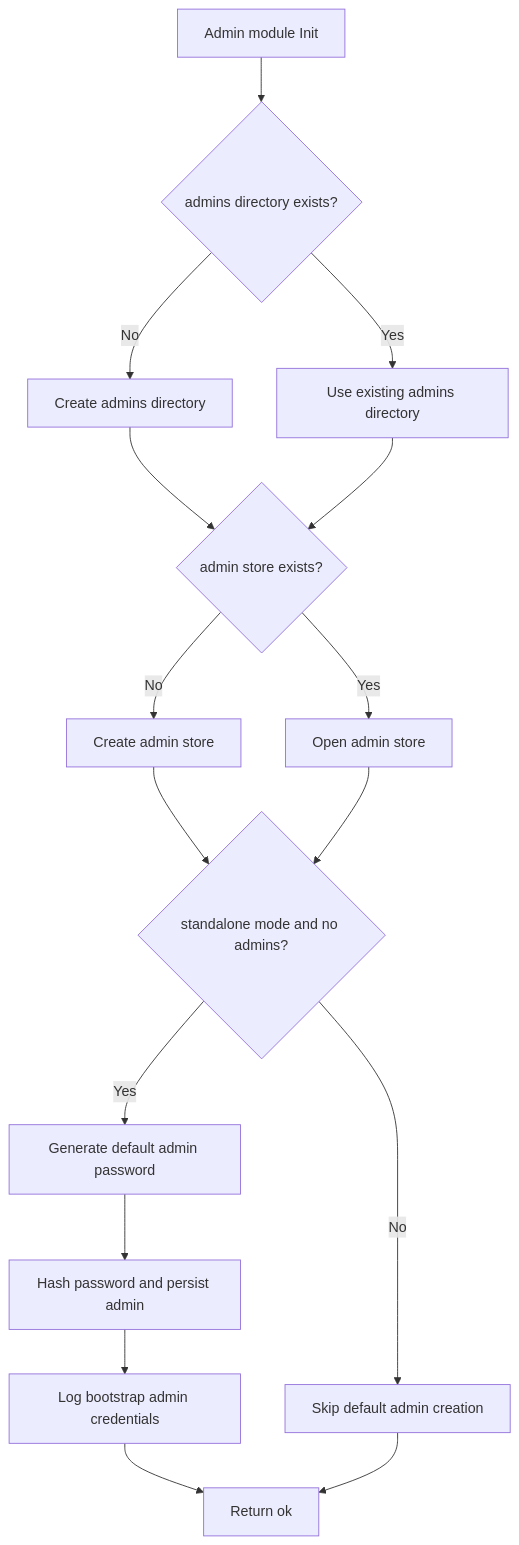
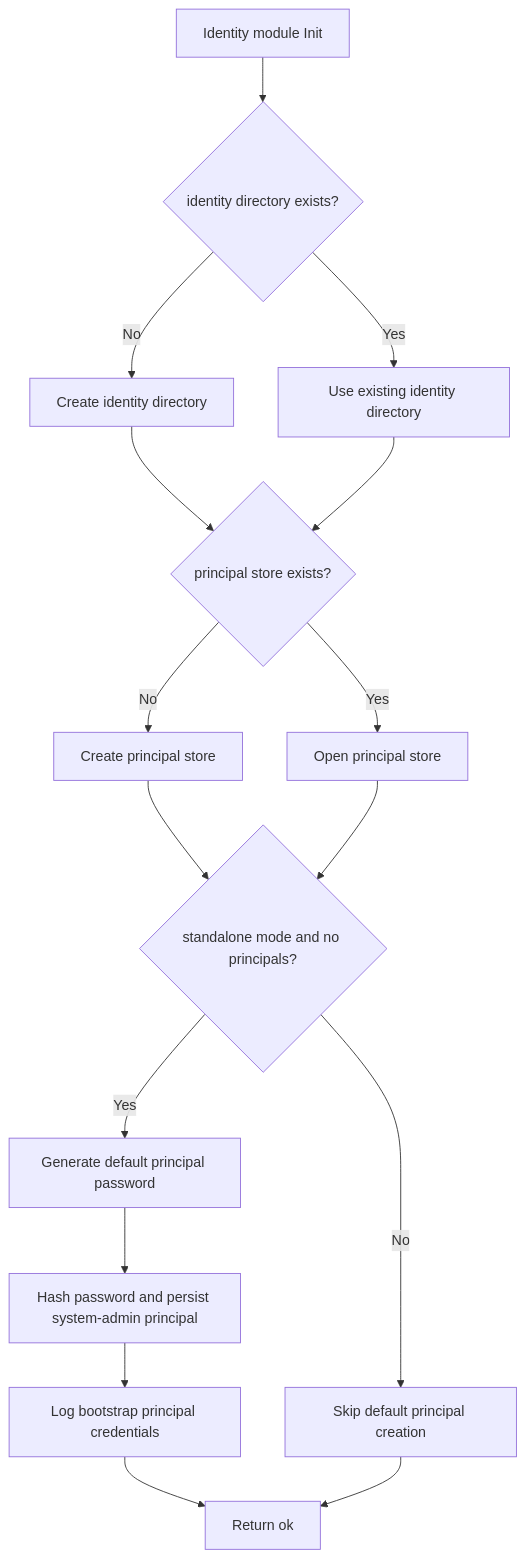
Before and after one commit to MycelDB/mycel: the second of 2 diagrams in docs/design/runtime/initialization.md, drawn with Mermaid. The commit also changed other lines of this file and 13 other files, not shown here.

````diff
--- a/docs/design/runtime/initialization.md
+++ b/docs/design/runtime/initialization.md
@@ -295,18 +259,18 @@
 ```mermaid
 flowchart TD
-  A[Admin module Init] --> B{admins directory exists?}
-  B -- No --> C[Create admins directory]
-  B -- Yes --> D[Use existing admins directory]
-  C --> E{admin store exists?}
+  A[Identity module Init] --> B{identity directory exists?}
+  B -- No --> C[Create identity directory]
+  B -- Yes --> D[Use existing identity directory]
+  C --> E{principal store exists?}
   D --> E
-  E -- No --> F[Create admin store]
-  E -- Yes --> G[Open admin store]
-  F --> H{standalone mode and no admins?}
+  E -- No --> F[Create principal store]
+  E -- Yes --> G[Open principal store]
+  F --> H{standalone mode and no principals?}
   G --> H
-  H -- Yes --> I[Generate default admin password]
-  I --> J[Hash password and persist admin]
-  J --> K[Log bootstrap admin credentials]
-  H -- No --> L[Skip default admin creation]
+  H -- Yes --> I[Generate default principal password]
+  I --> J[Hash password and persist system-admin principal]
+  J --> K[Log bootstrap principal credentials]
+  H -- No --> L[Skip default principal creation]
   K --> M[Return ok]
   L --> M
 ```
````
